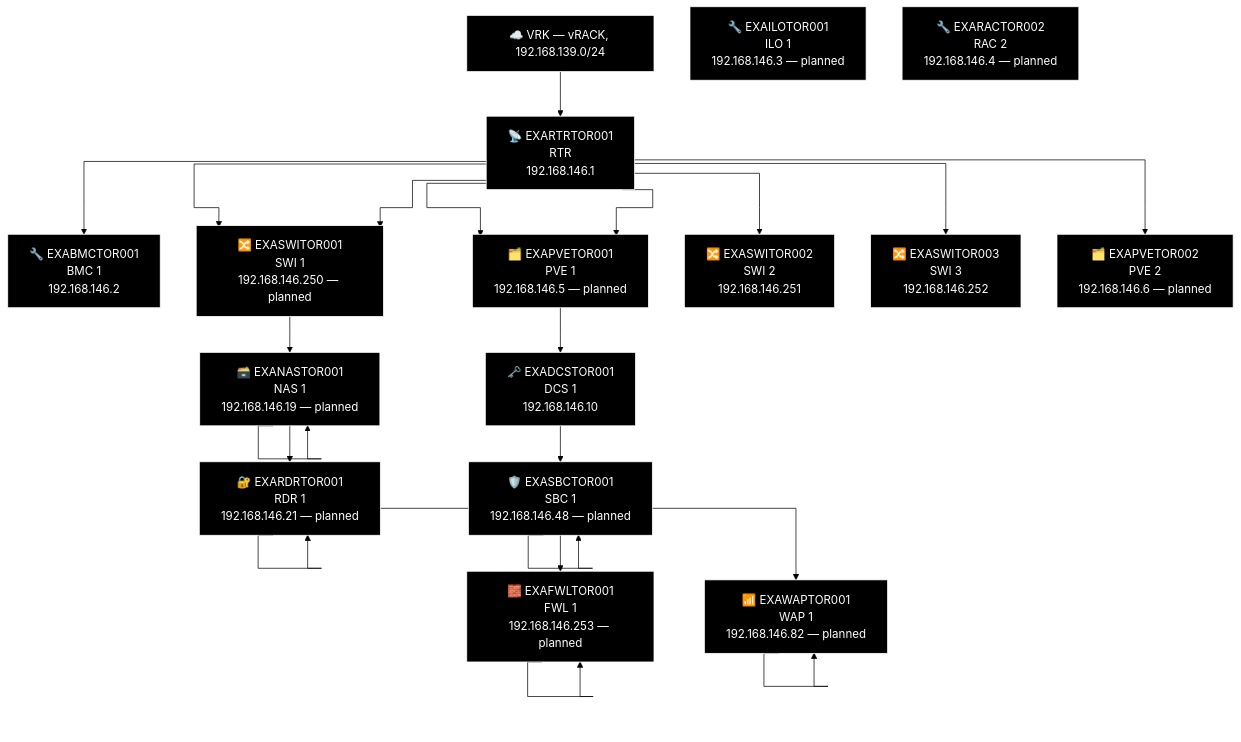
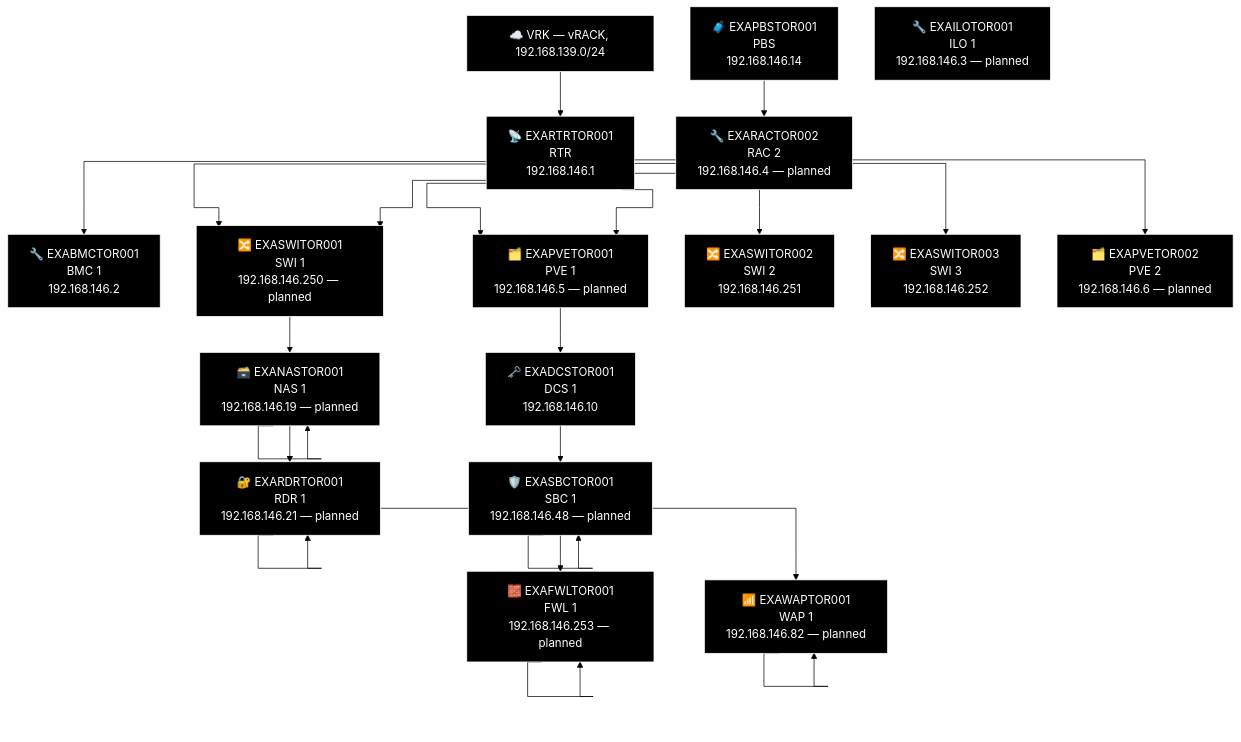
Before and after one commit to knightmare2600/example_music_infra: the sixth of 9 diagrams in docs/network-diagram/canada.md, drawn with Mermaid (forest theme). The commit also changed other lines of this file and 14 other files, not shown here.

First line of the commit message:
docs/network-diagram: regenerate, every site was missing its PBS node

````diff
--- a/docs/network-diagram/canada.md
+++ b/docs/network-diagram/canada.md
@@ -287,63 +289,66 @@
 ```mermaid
 %% GENERATED:TOPOLOGY:TOR:START
 %%{init: {'flowchart': {'curve': 'stepAfter'}}}%%
 graph TD
     T_VRK["☁️ VRK — vRACK, 192.168.139.0/24"]
     T_RTR["📡 EXARTRTOR001<br/>RTR<br/>192.168.146.1"]
     T_VRK --> T_RTR
     T_BMC["🔧 EXABMCTOR001<br/>BMC 1<br/>192.168.146.2"]
     T_RTR --> T_BMC
     T_PVE["🗂️ EXAPVETOR001<br/>PVE 1<br/>192.168.146.5"]
     T_RTR --> T_PVE
     T_SWI["🔀 EXASWITOR001<br/>SWI 1<br/>192.168.146.250"]
     T_RTR --> T_SWI
     T_SWI2["🔀 EXASWITOR002<br/>SWI 2<br/>192.168.146.251"]
     T_RTR --> T_SWI2
     T_SWI3["🔀 EXASWITOR003<br/>SWI 3<br/>192.168.146.252"]
     T_RTR --> T_SWI3
     T_SWI["🔀 EXASWITOR001<br/>SWI 1<br/>192.168.146.250 — planned"]
     T_RTR --> T_SWI
     T_PVE["🗂️ EXAPVETOR001<br/>PVE 1<br/>192.168.146.5 — planned"]
     T_RTR --> T_PVE
     T_PVE2["🗂️ EXAPVETOR002<br/>PVE 2<br/>192.168.146.6 — planned"]
     T_RTR --> T_PVE2
     T_NAS["🗃️ EXANASTOR001<br/>NAS<br/>192.168.146.19"]
     T_NAS["🗃️ EXANASTOR001<br/>NAS 1<br/>192.168.146.19 — planned"]
     T_RDR["🔐 EXARDRTOR001<br/>RDR<br/>192.168.146.21"]
     T_RDR["🔐 EXARDRTOR001<br/>RDR 1<br/>192.168.146.21 — planned"]
     T_WAP["📶 EXAWAPTOR001<br/>WAP 1<br/>192.168.146.82"]
     T_WAP["📶 EXAWAPTOR001<br/>WAP 1<br/>192.168.146.82 — planned"]
     T_SWI --> T_NAS --> T_NAS --> T_RDR --> T_RDR --> T_WAP --> T_WAP
     T_DCS["🗝️ EXADCSTOR001<br/>DCS 1<br/>192.168.146.10"]
     T_SBC["🛡️ EXASBCTOR001<br/>SBC<br/>192.168.146.48"]
     T_SBC["🛡️ EXASBCTOR001<br/>SBC 1<br/>192.168.146.48 — planned"]
     T_FWL["🧱 EXAFWLTOR001<br/>LAN Face<br/>192.168.146.253"]
     T_FWL["🧱 EXAFWLTOR001<br/>FWL 1<br/>192.168.146.253 — planned"]
     T_PVE --> T_DCS --> T_SBC --> T_SBC --> T_FWL --> T_FWL
+    T_PBS["🧳 EXAPBSTOR001<br/>PBS<br/>192.168.146.14"]
     T_ILO["🔧 EXAILOTOR001<br/>ILO 1<br/>192.168.146.3 — planned"]
     T_RAC["🔧 EXARACTOR002<br/>RAC 2<br/>192.168.146.4 — planned"]
+    T_PBS --> T_RAC
     style T_VRK fill:#000000,stroke:#FFFFFF,color:#FFFFFF
     style T_RTR fill:#000000,stroke:#FFFFFF,color:#FFFFFF
     style T_BMC fill:#000000,stroke:#FFFFFF,color:#FFFFFF
     style T_PVE fill:#000000,stroke:#FFFFFF,color:#FFFFFF
     style T_SWI fill:#000000,stroke:#FFFFFF,color:#FFFFFF
     style T_SWI2 fill:#000000,stroke:#FFFFFF,color:#FFFFFF
     style T_SWI3 fill:#000000,stroke:#FFFFFF,color:#FFFFFF
     style T_SWI fill:#000000,stroke:#FFFFFF,color:#FFFFFF
     style T_PVE fill:#000000,stroke:#FFFFFF,color:#FFFFFF
     style T_PVE2 fill:#000000,stroke:#FFFFFF,color:#FFFFFF
     style T_NAS fill:#000000,stroke:#FFFFFF,color:#FFFFFF
     style T_NAS fill:#000000,stroke:#FFFFFF,color:#FFFFFF
     style T_RDR fill:#000000,stroke:#FFFFFF,color:#FFFFFF
     style T_RDR fill:#000000,stroke:#FFFFFF,color:#FFFFFF
     style T_WAP fill:#000000,stroke:#FFFFFF,color:#FFFFFF
     style T_WAP fill:#000000,stroke:#FFFFFF,color:#FFFFFF
     style T_DCS fill:#000000,stroke:#FFFFFF,color:#FFFFFF
     style T_SBC fill:#000000,stroke:#FFFFFF,color:#FFFFFF
     style T_SBC fill:#000000,stroke:#FFFFFF,color:#FFFFFF
     style T_FWL fill:#000000,stroke:#FFFFFF,color:#FFFFFF
     style T_FWL fill:#000000,stroke:#FFFFFF,color:#FFFFFF
+    style T_PBS fill:#000000,stroke:#FFFFFF,color:#FFFFFF
     style T_ILO fill:#000000,stroke:#FFFFFF,color:#FFFFFF
     style T_RAC fill:#000000,stroke:#FFFFFF,color:#FFFFFF
 %% GENERATED:TOPOLOGY:TOR:END
 ```
````
